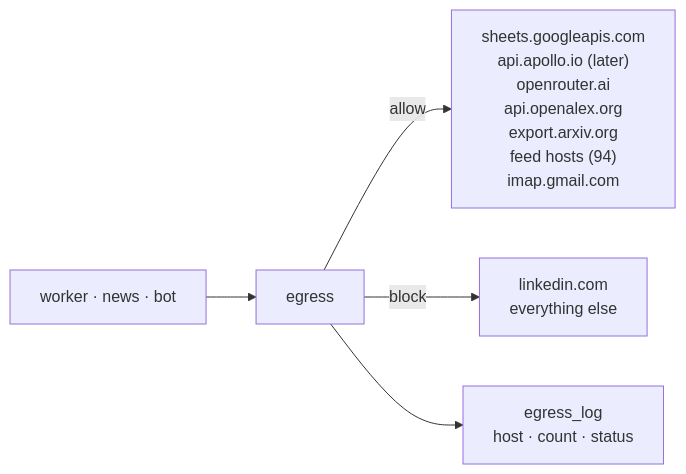
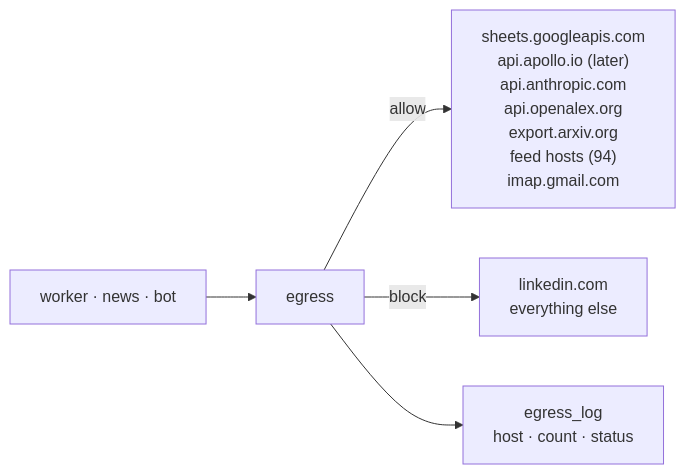
Before and after one commit to Trishi7/Saley: the tenth of 19 diagrams in docs/01-architecture.md, drawn with Mermaid. The commit also changed other lines of this file and 121 other files, not shown here.

````diff
--- a/docs/01-architecture.md
+++ b/docs/01-architecture.md
@@ -218,7 +220,7 @@
 ```mermaid
 flowchart LR
   W["worker · news · bot"] --> X["egress"]
-  X -->|allow| OK["sheets.googleapis.com<br/>api.apollo.io (later)<br/>openrouter.ai<br/>api.openalex.org<br/>export.arxiv.org<br/>feed hosts (94)<br/>imap.gmail.com"]
+  X -->|allow| OK["sheets.googleapis.com<br/>api.apollo.io (later)<br/>api.anthropic.com<br/>api.openalex.org<br/>export.arxiv.org<br/>feed hosts (94)<br/>imap.gmail.com"]
   X -->|block| NO["linkedin.com<br/>everything else"]
   X --> LOG["egress_log<br/>host · count · status"]
 ```
````
